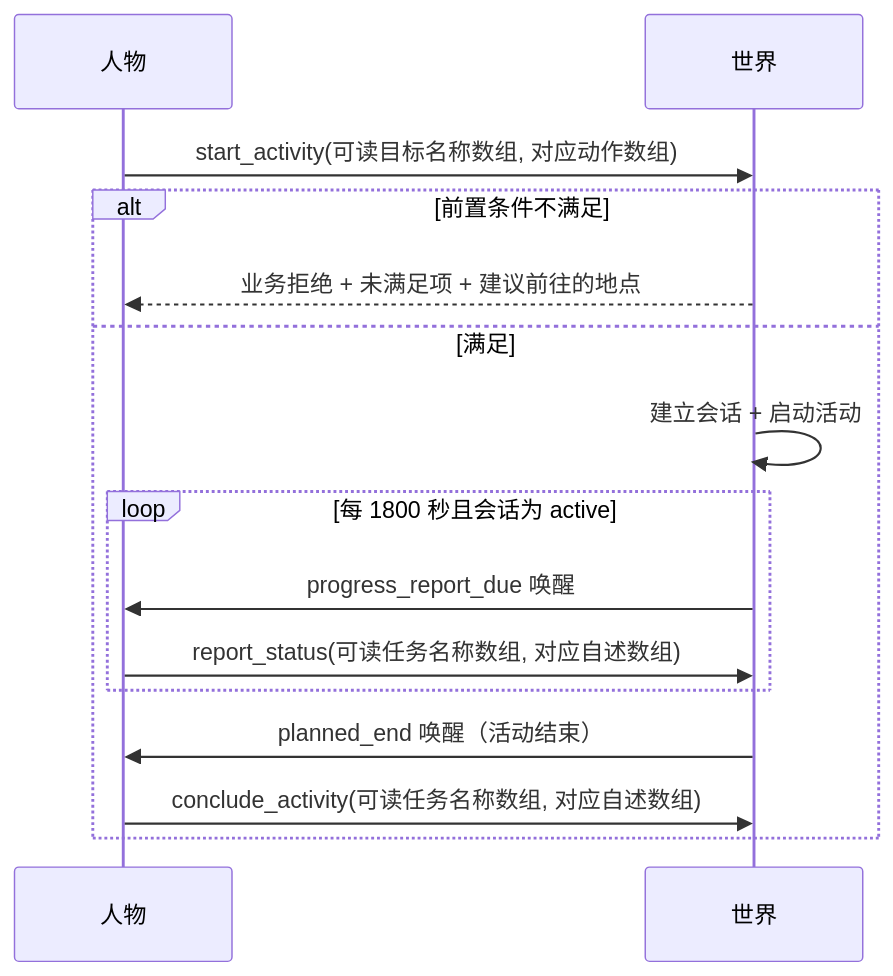
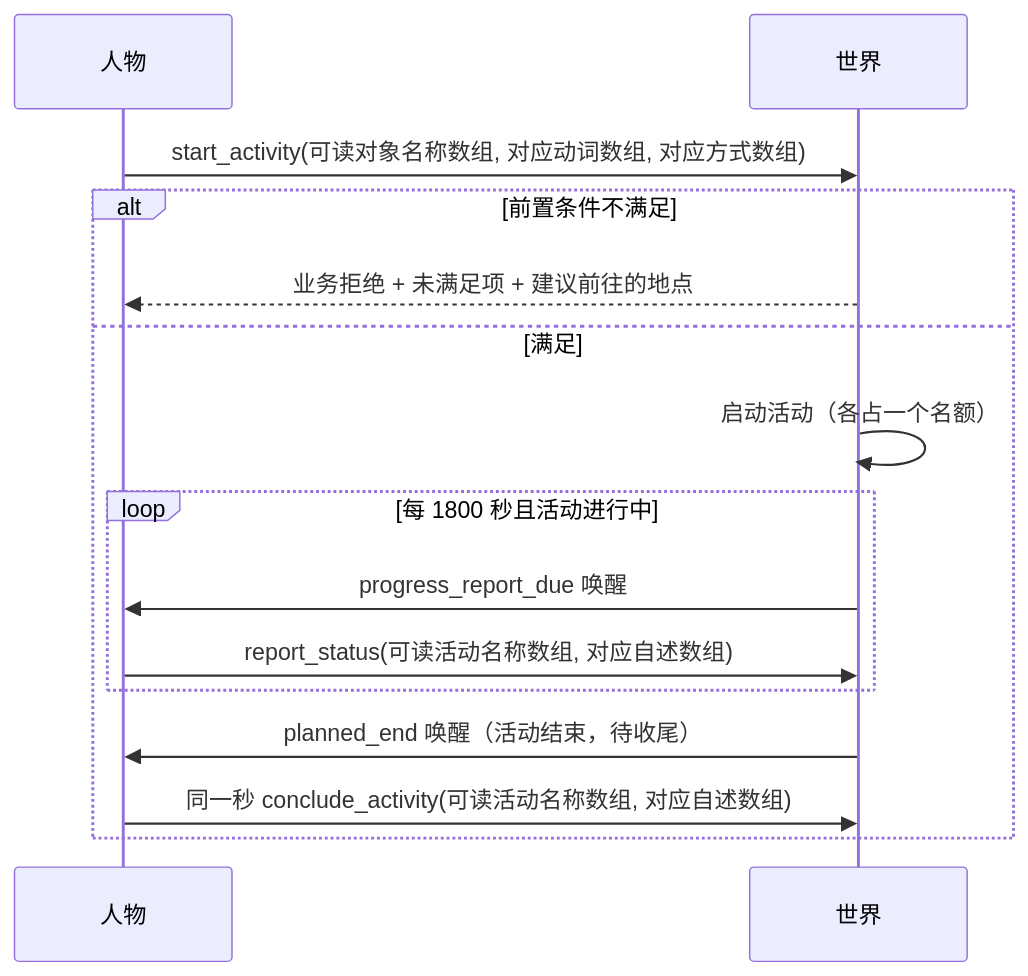
Before and after one commit to HoldThatThgt/WorldMock: the fourth of 5 diagrams in docs/dev/SPEC-agent-interaction.md, drawn with Mermaid. The commit also changed other lines of this file and 28 other files, not shown here.

````diff
--- a/docs/dev/SPEC-agent-interaction.md
+++ b/docs/dev/SPEC-agent-interaction.md
@@ -298,17 +296,17 @@
 ```mermaid
 sequenceDiagram
     participant P as 人物
     participant W as 世界
-    P->>W: start_activity(可读目标名称数组, 对应动作数组)
+    P->>W: start_activity(可读对象名称数组, 对应动词数组, 对应方式数组)
     alt 前置条件不满足
         W-->>P: 业务拒绝 + 未满足项 + 建议前往的地点
     else 满足
-        W->>W: 建立会话 + 启动活动
-        loop 每 1800 秒且会话为 active
+        W->>W: 启动活动（各占一个名额）
+        loop 每 1800 秒且活动进行中
             W->>P: progress_report_due 唤醒
-            P->>W: report_status(可读任务名称数组, 对应自述数组)
+            P->>W: report_status(可读活动名称数组, 对应自述数组)
         end
-        W->>P: planned_end 唤醒（活动结束）
-        P->>W: conclude_activity(可读任务名称数组, 对应自述数组)
+        W->>P: planned_end 唤醒（活动结束，待收尾）
+        P->>W: 同一秒 conclude_activity(可读活动名称数组, 对应自述数组)
     end
 ```
````
